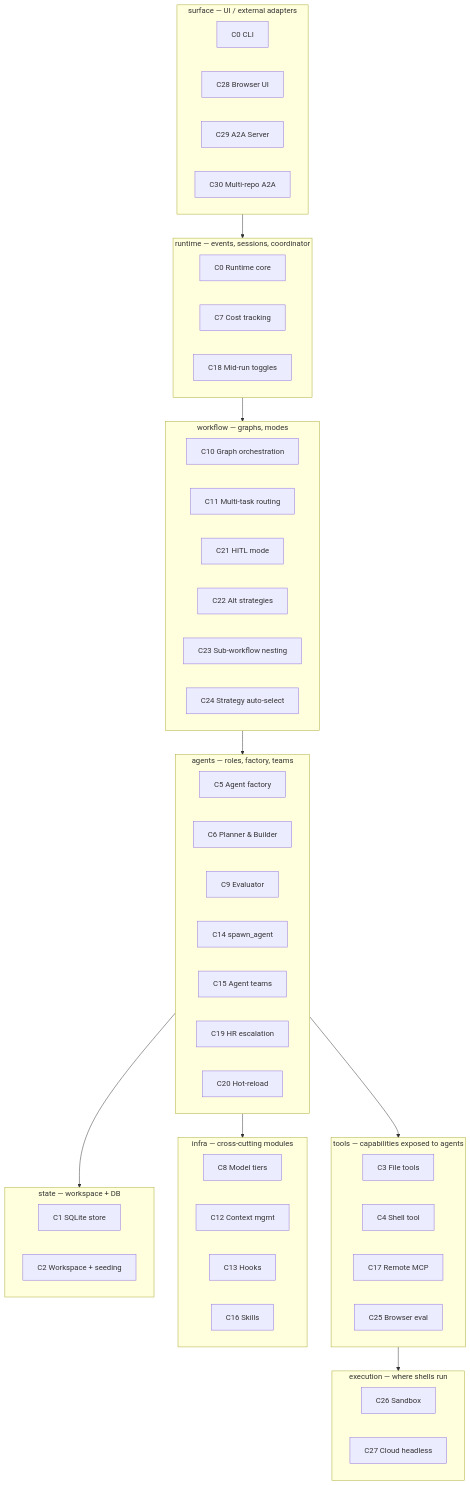
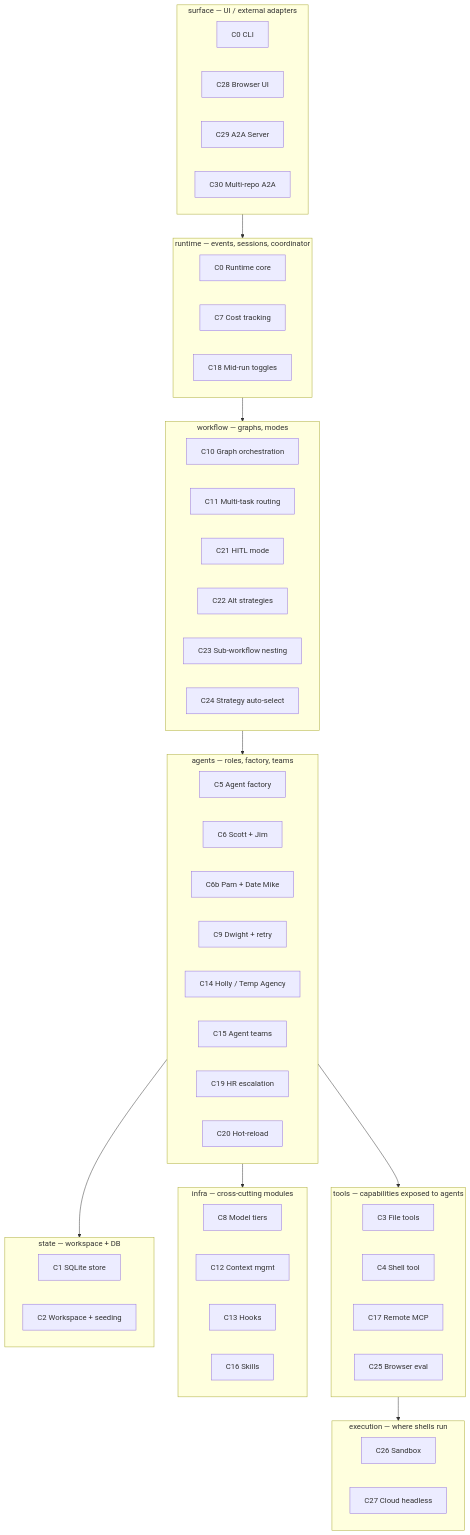
The first of 33 diagrams in docs/ROADMAP.md (VENKATESHWARAN-R/dunder-mifflin-harness), drawn with Mermaid before and after one commit. The commit also changed other lines of this file and 2 other files, not shown here.

First line of the commit message:
docs: update ROADMAP.md and lab/README.md to reflect recent changes in agent roles and planning structure

````diff
--- a/docs/ROADMAP.md
+++ b/docs/ROADMAP.md
@@ -19,59 +19,60 @@
 ```mermaid
 flowchart TB
   subgraph surface[surface — UI / external adapters]
     C0v[C0 CLI]
     C28v[C28 Browser UI]
     C29v[C29 A2A Server]
     C30v[C30 Multi-repo A2A]
   end
   subgraph runtime[runtime — events, sessions, coordinator]
     C0r[C0 Runtime core]
     C7v[C7 Cost tracking]
     C18v[C18 Mid-run toggles]
   end
   subgraph workflow[workflow — graphs, modes]
     C10v[C10 Graph orchestration]
     C11v[C11 Multi-task routing]
     C21v[C21 HITL mode]
     C22v[C22 Alt strategies]
     C23v[C23 Sub-workflow nesting]
     C24v[C24 Strategy auto-select]
   end
   subgraph agents[agents — roles, factory, teams]
     C5v[C5 Agent factory]
-    C6v[C6 Planner & Builder]
-    C9v[C9 Evaluator]
-    C14v[C14 spawn_agent]
+    C6v[C6 Scott + Jim]
+    C6bv[C6b Pam + Date Mike]
+    C9v[C9 Dwight + retry]
+    C14v[C14 Holly / Temp Agency]
     C15v[C15 Agent teams]
     C19v[C19 HR escalation]
     C20v[C20 Hot-reload]
   end
   subgraph tools[tools — capabilities exposed to agents]
     C3v[C3 File tools]
     C4v[C4 Shell tool]
     C17v[C17 Remote MCP]
     C25v[C25 Browser eval]
   end
   subgraph infra[infra — cross-cutting modules]
     C8v[C8 Model tiers]
     C12v[C12 Context mgmt]
     C13v[C13 Hooks]
     C16v[C16 Skills]
   end
   subgraph state[state — workspace + DB]
     C1v[C1 SQLite store]
     C2v[C2 Workspace + seeding]
   end
   subgraph execution[execution — where shells run]
     C26v[C26 Sandbox]
     C27v[C27 Cloud headless]
   end
 
   surface --> runtime
   runtime --> workflow
   workflow --> agents
   agents --> tools
   agents --> infra
   agents --> state
   tools --> execution
 ```
````
